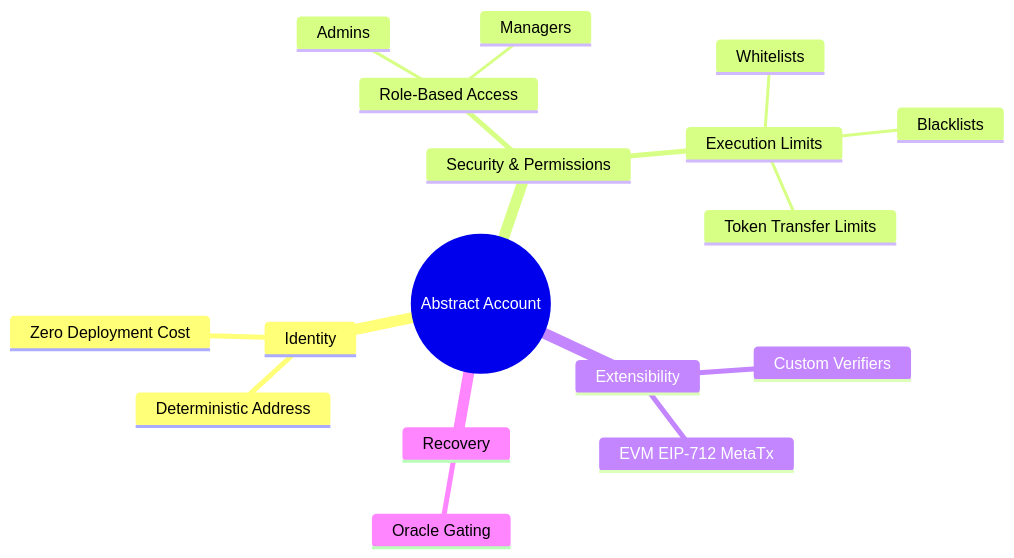
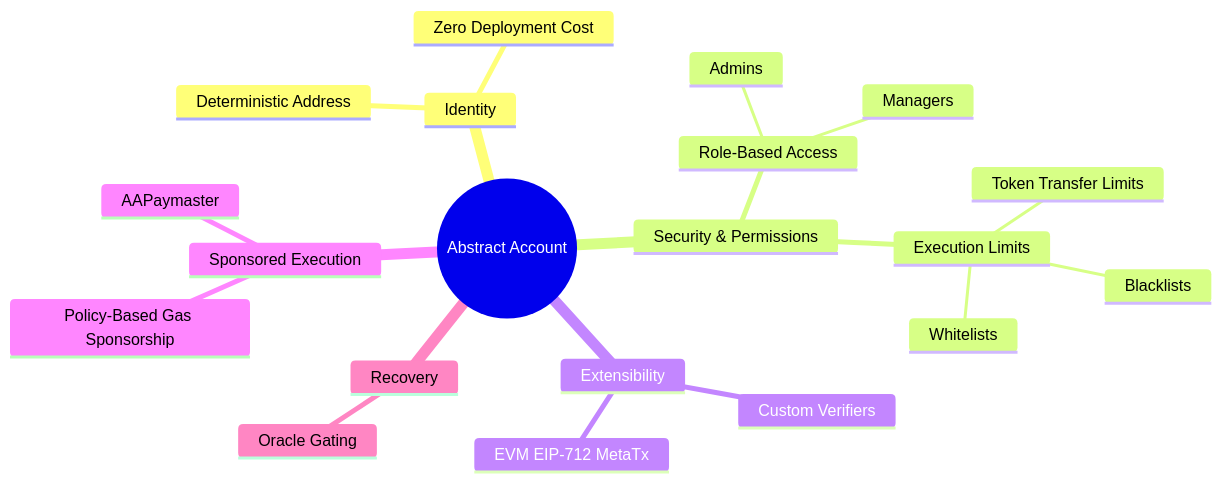
One commit to r3e-network/neo-abstract-account changed the diagram in frontend/src/assets/docs/overview.md. Above: the diagram before and after it, drawn with Mermaid. The commit also changed other lines of this file and 22 other files, not shown here.

````diff
--- a/frontend/src/assets/docs/overview.md
+++ b/frontend/src/assets/docs/overview.md
@@ -7,20 +7,23 @@
 ```mermaid
 mindmap
   root((Abstract Account))
     Identity
       Deterministic Address
       Zero Deployment Cost
     Security & Permissions
       Role-Based Access
         Admins
         Managers
       Execution Limits
         Whitelists
         Blacklists
         Token Transfer Limits
     Extensibility
       Custom Verifiers
       EVM EIP-712 MetaTx
+    Sponsored Execution
+      AAPaymaster
+      Policy-Based Gas Sponsorship
     Recovery
       Oracle Gating
 ```
````
